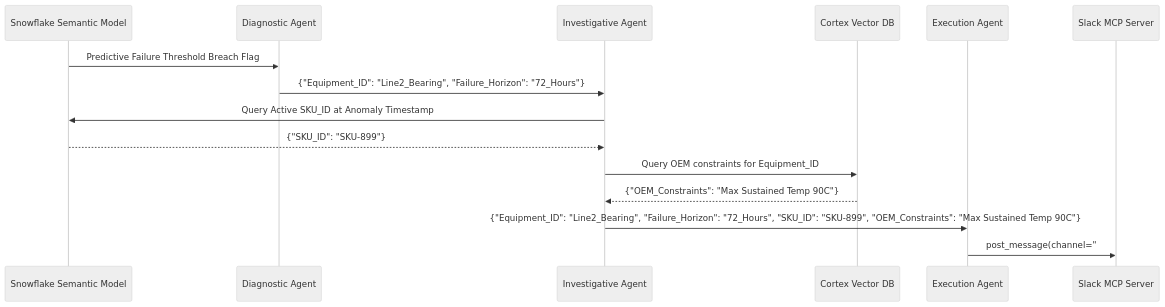
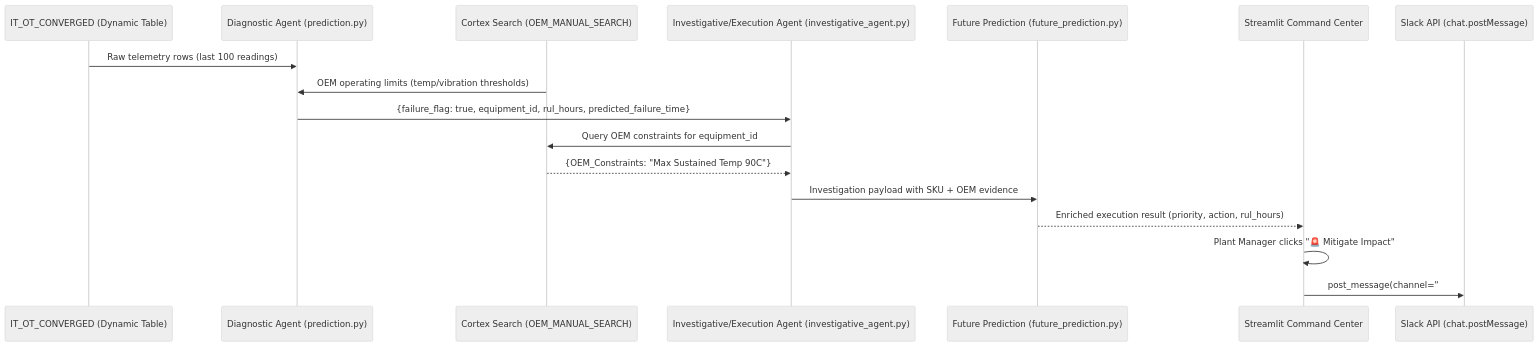
Before and after one commit to nikhilpy/SKU-Specific-OEE-Degradation-Tracker: the second of 4 diagrams in README.md, drawn with Mermaid (neutral theme). The commit also changed other lines of this file and 17 other files, not shown here.

Commit message:
feat: add Streamlit command center, semantic model deployment script, and alert management SQL

````diff
--- a/README.md
+++ b/README.md
@@ -124,23 +130,23 @@
 ```mermaid
 sequenceDiagram
-    participant SSM as Snowflake Semantic Model
-    participant DA as Diagnostic Agent
-    participant IA as Investigative Agent
-    participant CVDB as Cortex Vector DB
-    participant EA as Execution Agent
-    participant MCP as Slack MCP Server
+    participant OT as IT_OT_CONVERGED (Dynamic Table)
+    participant DA as Diagnostic Agent (prediction.py)
+    participant CS as Cortex Search (OEM_MANUAL_SEARCH)
+    participant IA as Investigative/Execution Agent (investigative_agent.py)
+    participant FP as Future Prediction (future_prediction.py)
+    participant UI as Streamlit Command Center
+    participant SA as Slack API (chat.postMessage)
 
-    SSM->>DA: Predictive Failure Threshold Breach Flag
+    OT->>DA: Raw telemetry rows (last 100 readings)
+    CS->>DA: OEM operating limits (temp/vibration thresholds)
+    DA->>IA: {failure_flag: true, equipment_id, rul_hours, predicted_failure_time}
     
-    DA->>IA: {"Equipment_ID": "Line2_Bearing", "Failure_Horizon": "72_Hours"}
+    IA->>CS: Query OEM constraints for equipment_id
+    CS-->>IA: {OEM_Constraints: "Max Sustained Temp 90C"}
     
-    IA->>SSM: Query Active SKU_ID at Anomaly Timestamp
-    SSM-->>IA: {"SKU_ID": "SKU-899"}
+    IA->>FP: Investigation payload with SKU + OEM evidence
+    FP-->>UI: Enriched execution result (priority, action, rul_hours)
     
-    IA->>CVDB: Query OEM constraints for Equipment_ID
-    CVDB-->>IA: {"OEM_Constraints": "Max Sustained Temp 90C"}
-    
-    IA->>EA: {"Equipment_ID": "Line2_Bearing", "Failure_Horizon": "72_Hours", "SKU_ID": "SKU-899", "OEM_Constraints": "Max Sustained Temp 90C"}
-    
-    EA->>MCP: post_message(channel="#production-planning", text="Mitigation Alert: Reduce SKU-899 feed rate...")
+    UI->>UI: Plant Manager clicks "🚨 Mitigate Impact"
+    UI->>SA: post_message(channel="#oee-production-alerts", text="URGENT: SKU-899...")
 ```
````
